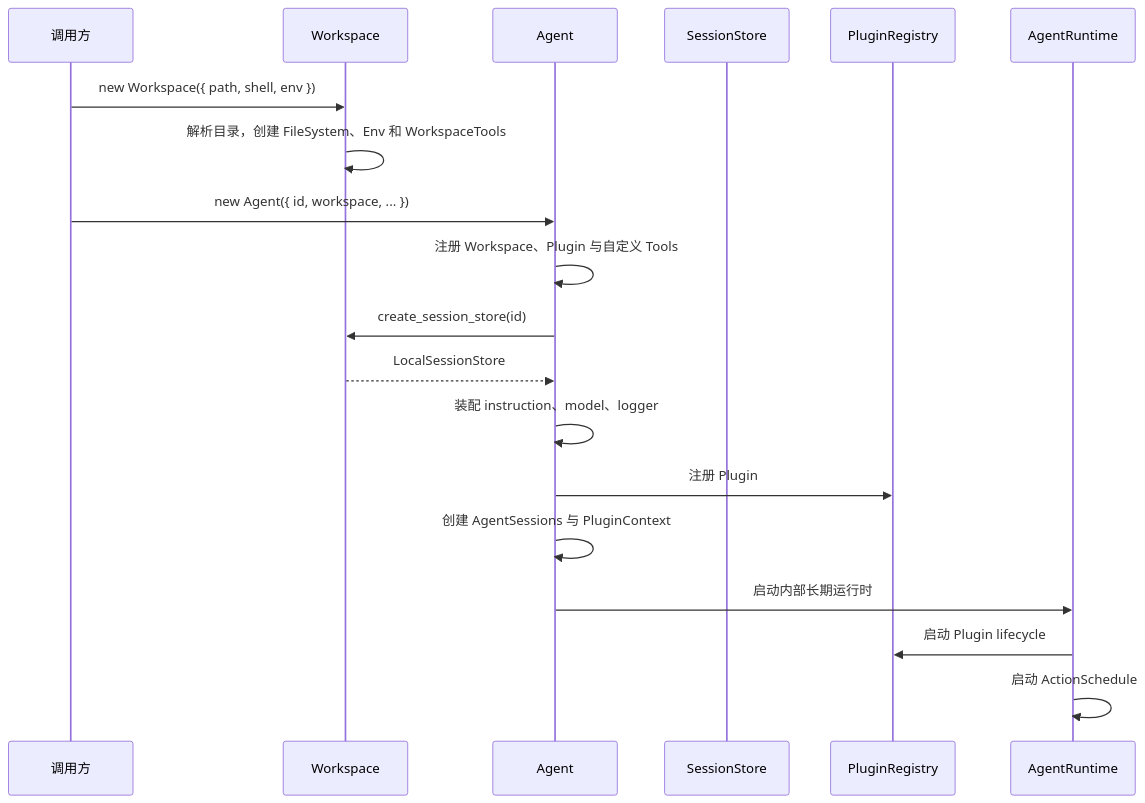
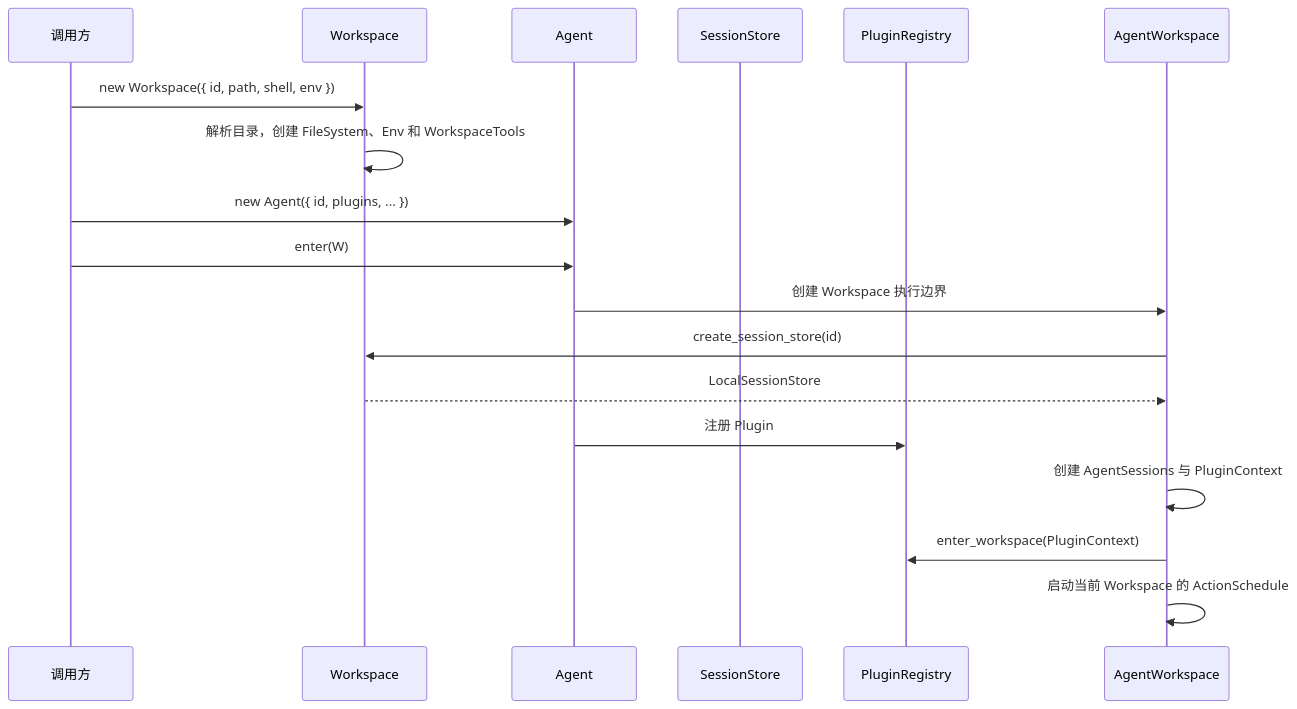
Before and after one commit to genesiscosmos/downcity: the second of 4 diagrams in docs/agent-sdk-architecture.md, drawn with Mermaid. The commit also changed other lines of this file and 125 other files, not shown here.

````diff
--- a/docs/agent-sdk-architecture.md
+++ b/docs/agent-sdk-architecture.md
@@ -301,22 +299,21 @@
 ```mermaid
 sequenceDiagram
     participant App as 调用方
     participant W as Workspace
     participant A as Agent
     participant S as SessionStore
     participant P as PluginRegistry
-    participant AR as AgentRuntime
+    participant AW as AgentWorkspace
 
-    App->>W: new Workspace({ path, shell, env })
+    App->>W: new Workspace({ id, path, shell, env })
     W->>W: 解析目录，创建 FileSystem、Env 和 WorkspaceTools
-    App->>A: new Agent({ id, workspace, ... })
-    A->>A: 注册 Workspace、Plugin 与自定义 Tools
-    A->>W: create_session_store(id)
-    W-->>A: LocalSessionStore
-    A->>A: 装配 instruction、model、logger
+    App->>A: new Agent({ id, plugins, ... })
+    App->>A: enter(W)
+    A->>AW: 创建 Workspace 执行边界
+    AW->>W: create_session_store(id)
+    W-->>AW: LocalSessionStore
     A->>P: 注册 Plugin
-    A->>A: 创建 AgentSessions 与 PluginContext
-    A->>AR: 启动内部长期运行时
-    AR->>P: 启动 Plugin lifecycle
-    AR->>AR: 启动 ActionSchedule
+    AW->>AW: 创建 AgentSessions 与 PluginContext
+    AW->>P: enter_workspace(PluginContext)
+    AW->>AW: 启动当前 Workspace 的 ActionSchedule
 ```
````
